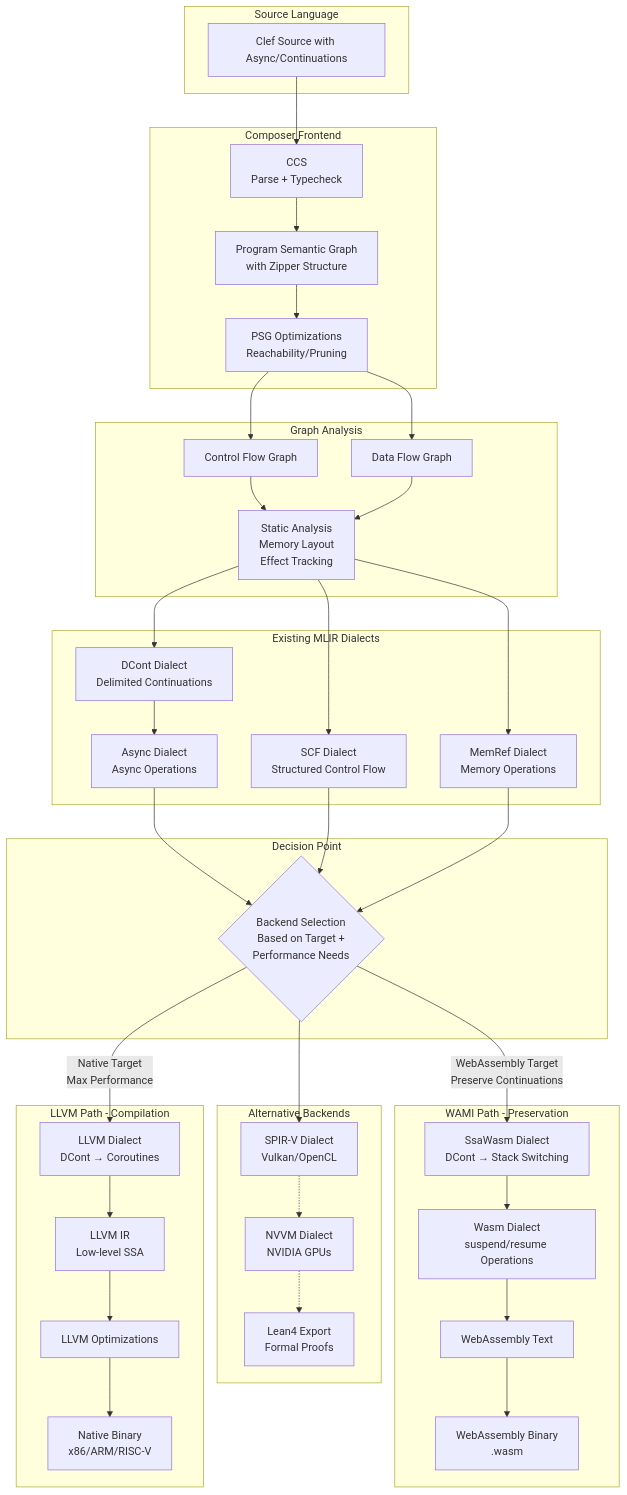
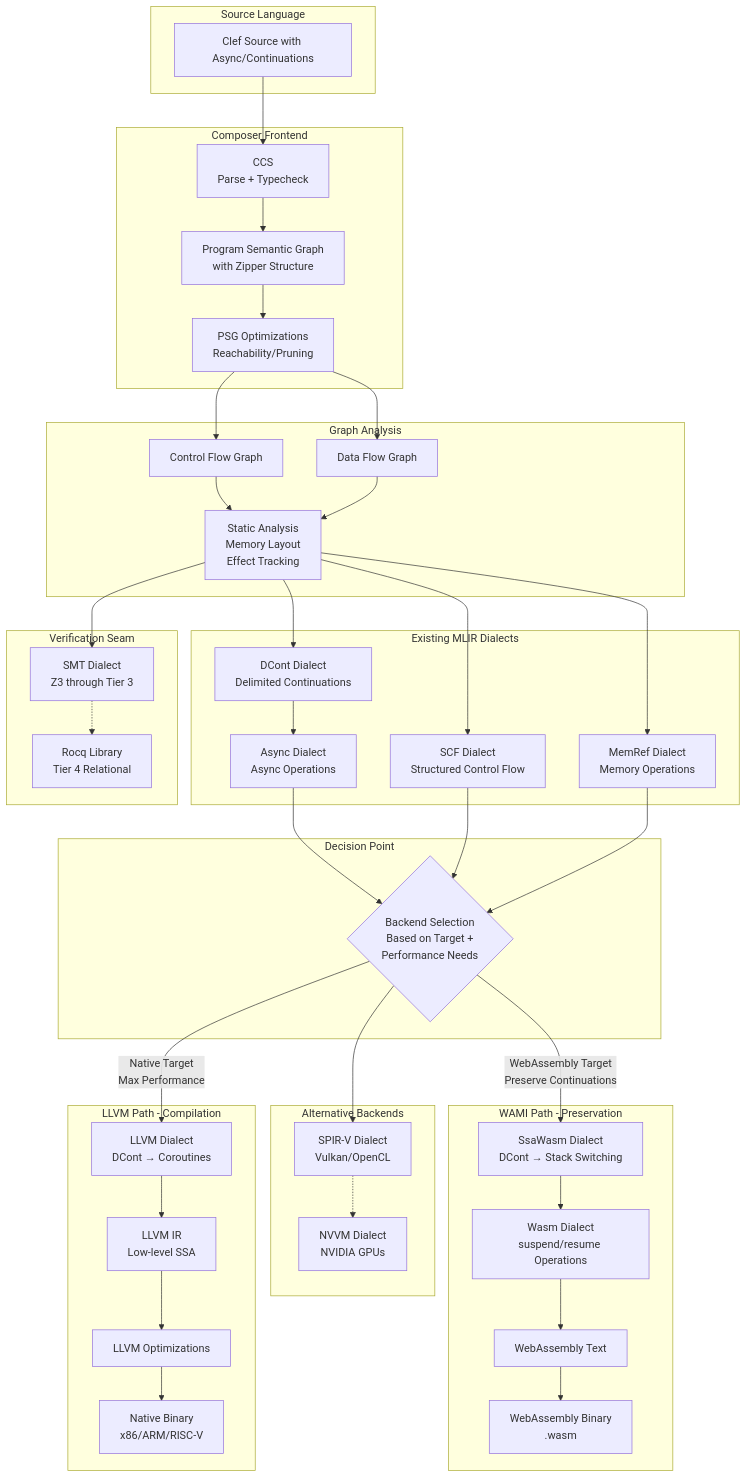
Before and after one commit to FidelityFramework/clef-lang-site: the first of 3 diagrams in hugo/content/docs/design/concurrency/the-continuation-preservation-paradox.md, drawn with Mermaid. The commit also changed other lines of this file and 4 other files, not shown here.

````diff
--- a/hugo/content/docs/design/concurrency/the-continuation-preservation-paradox.md
+++ b/hugo/content/docs/design/concurrency/the-continuation-preservation-paradox.md
@@ -46,52 +46,56 @@
 ```mermaid
 flowchart TD
     subgraph "Source Language"
         FS[Clef Source with Async/Continuations]
     end
 
     subgraph "Composer Frontend"
         FS --> FCS[CCS<br/>Parse + Typecheck]
         FCS --> PSG[Program Semantic Graph<br/>with Zipper Structure]
         PSG --> PSGOPT[PSG Optimizations<br/>Reachability/Pruning]
     end
 
     subgraph "Graph Analysis"
         PSGOPT --> CFG[Control Flow Graph]
         PSGOPT --> DFG[Data Flow Graph]
         CFG --> ANALYSIS[Static Analysis<br/>Memory Layout<br/>Effect Tracking]
         DFG --> ANALYSIS
     end
 
     subgraph "Existing MLIR Dialects"
         ANALYSIS --> DCONT[DCont Dialect<br/>Delimited Continuations]
         ANALYSIS --> SCF[SCF Dialect<br/>Structured Control Flow]
         ANALYSIS --> MEMREF[MemRef Dialect<br/>Memory Operations]
         DCONT --> ASYNC[Async Dialect<br/>Async Operations]
     end
 
     subgraph "Decision Point"
         ASYNC --> DECIDE{Backend Selection<br/>Based on Target +<br/>Performance Needs}
         SCF --> DECIDE
         MEMREF --> DECIDE
     end
 
     subgraph "Alternative Backends"
         DECIDE --> SPIRV[SPIR-V Dialect<br/>Vulkan/OpenCL]
         SPIRV -.-> NVVM[NVVM Dialect<br/>NVIDIA GPUs]
-        NVVM -.-> LEAN[Lean4 Export<br/>Formal Proofs]
+    end
+
+    subgraph "Verification Seam"
+        ANALYSIS --> SMT[SMT Dialect<br/>Z3 through Tier 3]
+        SMT -.-> ROCQ[Rocq Library<br/>Tier 4 Relational]
     end
 
     subgraph "WAMI Path - Preservation"
         DECIDE -->|WebAssembly Target<br/>Preserve Continuations| SSAWASM[SsaWasm Dialect<br/>DCont → Stack Switching]
         SSAWASM --> WASM[Wasm Dialect<br/>suspend/resume Operations]
         WASM --> WAT[WebAssembly Text]
         WAT --> WBIN[WebAssembly Binary<br/>.wasm]
     end
 
     subgraph "LLVM Path - Compilation"
         DECIDE -->|Native Target<br/>Max Performance| LLVMDIALECT[LLVM Dialect<br/>DCont → Coroutines]
         LLVMDIALECT --> LLVMIR[LLVM IR<br/>Low-level SSA]
         LLVMIR --> OPT[LLVM Optimizations]
         OPT --> NATIVE[Native Binary<br/>x86/ARM/RISC-V]
     end
 ```
````
